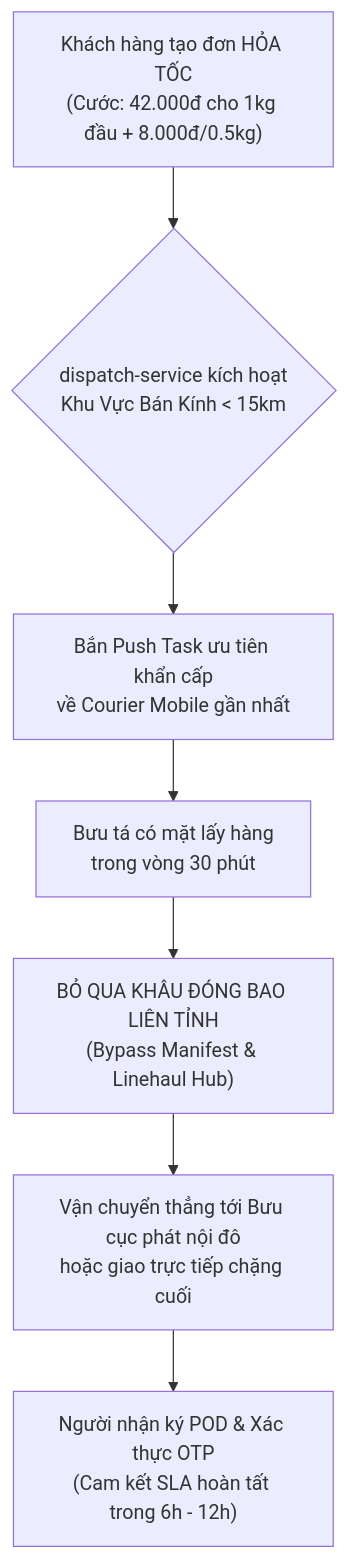
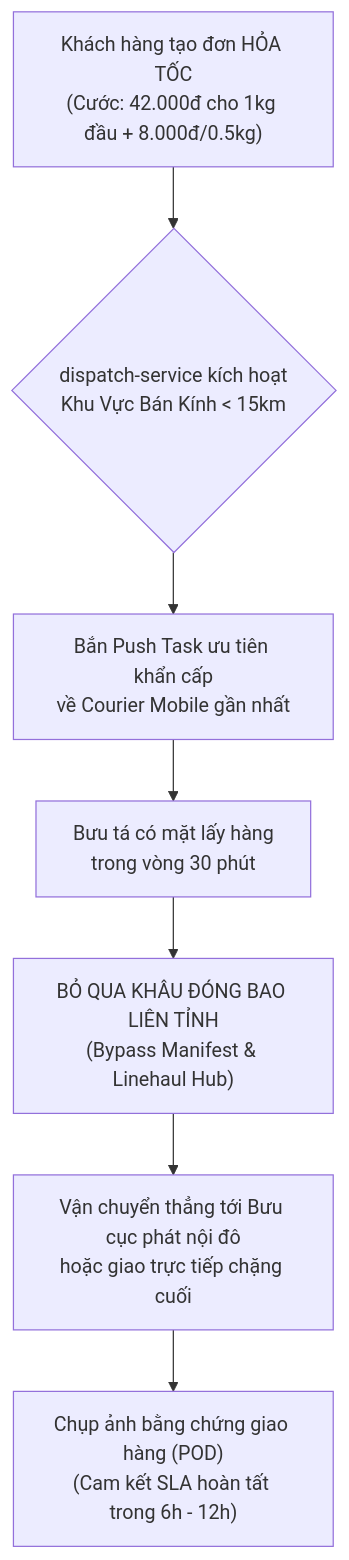
Before and after one commit to VoVanTuTai/logistics-management-system: the fourth of 14 diagrams in README.md, drawn with Mermaid. The commit also changed other lines of this file and 2 other files, not shown here.

Commit message:
docs: correct delivery flow to POD photo capture only, remove OTP references

````diff
--- a/README.md
+++ b/README.md
@@ -314,10 +314,10 @@
 ```mermaid
 flowchart TD
     CREAT["Khách hàng tạo đơn HỎA TỐC<br/>(Cước: 42.000đ cho 1kg đầu + 8.000đ/0.5kg)"] --> DISP{"dispatch-service kích hoạt<br/>Khu Vực Bán Kính < 15km"}
 
     DISP --> PUSH_TASK["Bắn Push Task ưu tiên khẩn cấp<br/>về Courier Mobile gần nhất"]
     PUSH_TASK --> PICK["Bưu tá có mặt lấy hàng<br/>trong vòng 30 phút"]
     PICK --> BYPASS["BỎ QUA KHÂU ĐÓNG BAO LIÊN TỈNH<br/>(Bypass Manifest & Linehaul Hub)"]
     BYPASS --> DIRECT_ROUTE["Vận chuyển thẳng tới Bưu cục phát nội đô<br/>hoặc giao trực tiếp chặng cuối"]
-    DIRECT_ROUTE --> POD_URGENT["Người nhận ký POD & Xác thực OTP<br/>(Cam kết SLA hoàn tất trong 6h - 12h)"]
+    DIRECT_ROUTE --> POD_URGENT["Chụp ảnh bằng chứng giao hàng (POD)<br/>(Cam kết SLA hoàn tất trong 6h - 12h)"]
 ```
````
